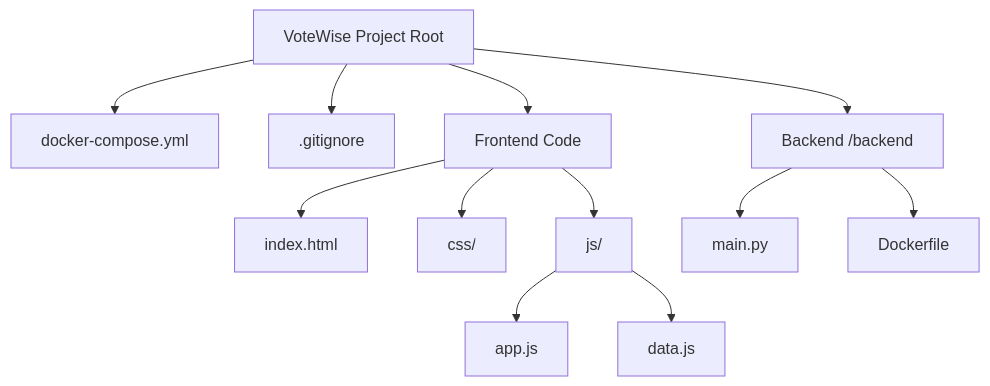
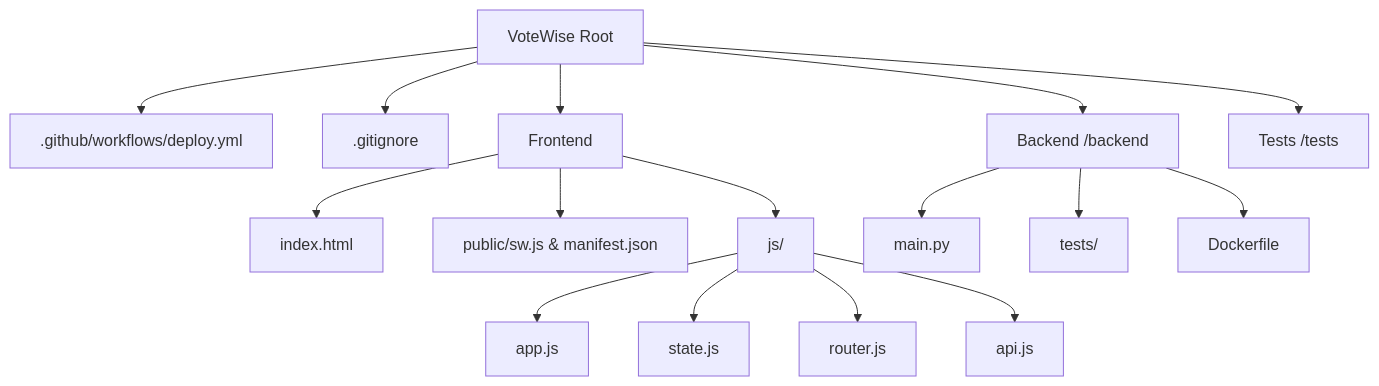
The first of 2 diagrams in README.md (Varshith10121901/Promptwar-2), drawn with Mermaid before and after one commit. The commit also changed other lines of this file, not shown here.

````diff
--- a/README.md
+++ b/README.md
@@ -238,17 +246,21 @@
 ```mermaid
 graph TD
-    Root[VoteWise Project Root] --> Compose[docker-compose.yml]
+    Root[VoteWise Root] --> GitHub[.github/workflows/deploy.yml]
     Root --> GitIgnore[.gitignore]
-    Root --> FrontendDir[Frontend Code]
+    Root --> FrontendDir[Frontend]
     Root --> BackendDir[Backend /backend]
+    Root --> TestsDir[Tests /tests]
 
     FrontendDir --> Index[index.html]
-    FrontendDir --> CSSDir[css/]
+    FrontendDir --> Public[public/sw.js & manifest.json]
     FrontendDir --> JSDir[js/]
     
     JSDir --> AppJS[app.js]
-    JSDir --> DataJS[data.js]
+    JSDir --> StateJS[state.js]
+    JSDir --> RouterJS[router.js]
+    JSDir --> ApiJS[api.js]
     
     BackendDir --> MainPy[main.py]
+    BackendDir --> PyTests[tests/]
     BackendDir --> BackDocker[Dockerfile]
 ```
````
